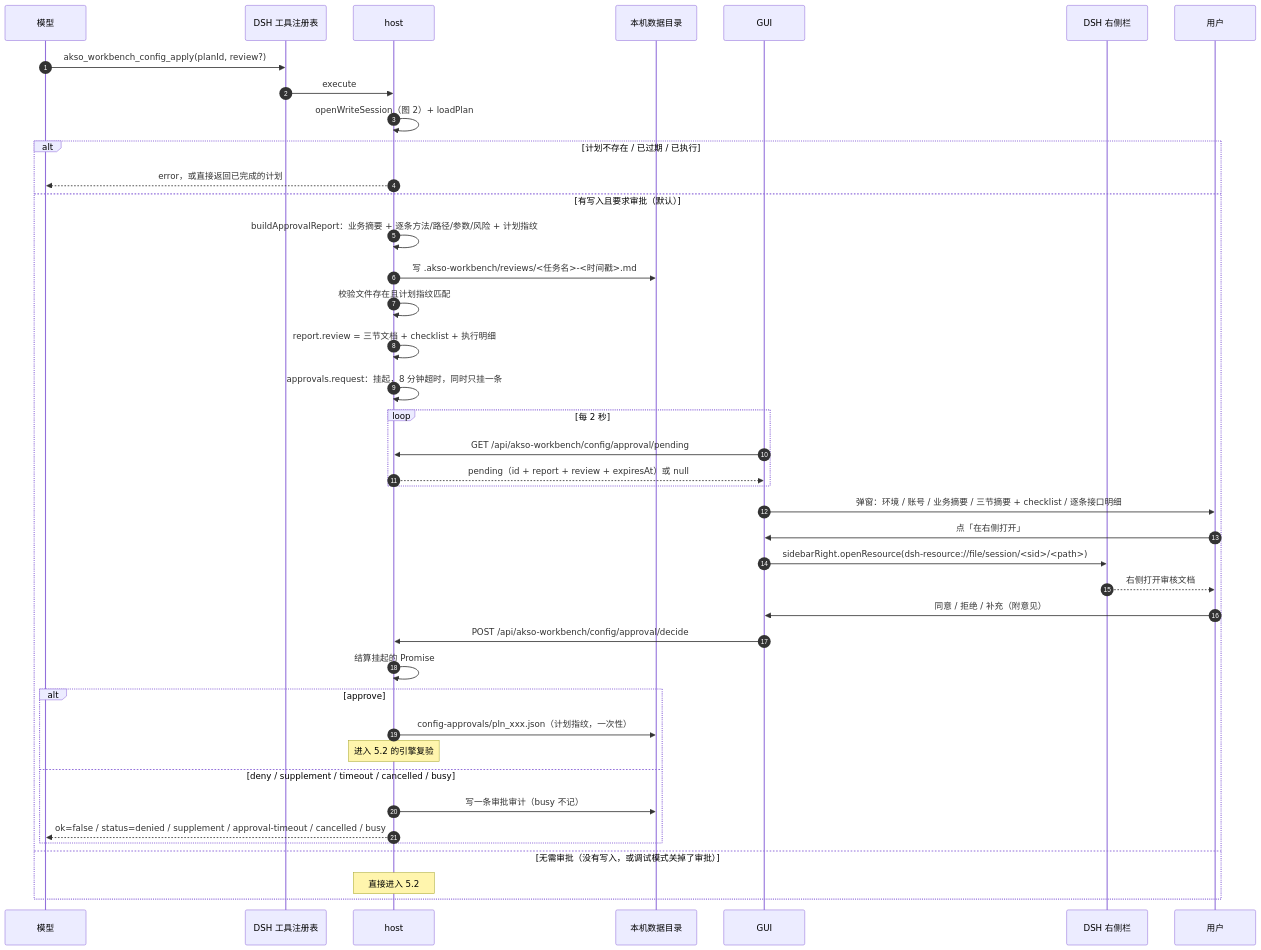
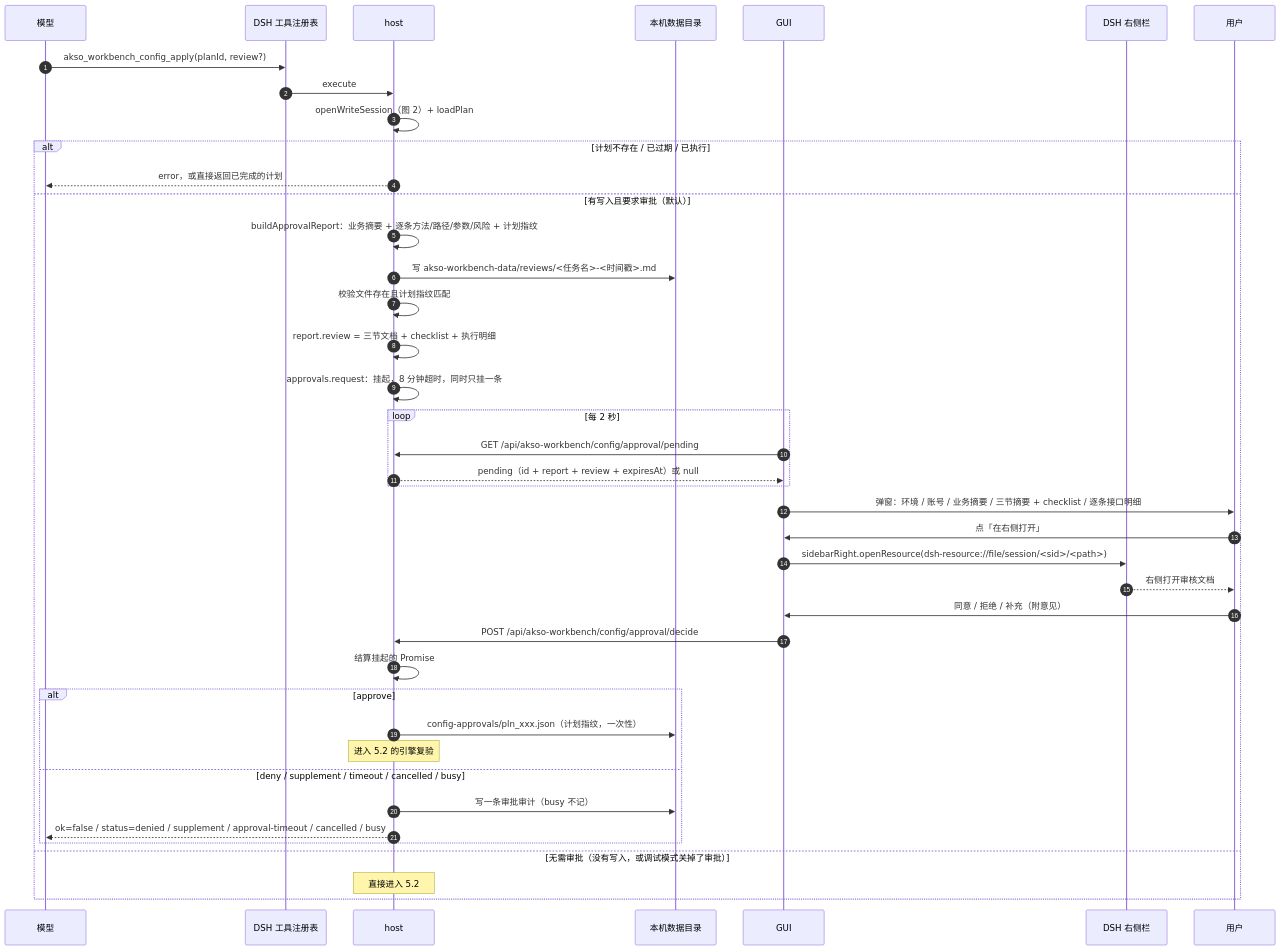
One commit to jizi-dragon/akso-workbench changed the fifth of 8 diagrams in docs/knowledge/agent调用时序.md. Above: the diagram before and after it, drawn with Mermaid. The commit also changed other lines of this file and 14 other files, not shown here.

Commit message:
chore(data): 统一审核与分析产物到工作区 akso-workbench-data

````diff
--- a/docs/knowledge/agent调用时序.md
+++ b/docs/knowledge/agent调用时序.md
@@ -225,44 +225,44 @@
 ```mermaid
 sequenceDiagram
     autonumber
     participant A as 模型
     participant D as DSH 工具注册表
     participant H as host
     participant F as 本机数据目录
     participant G as GUI
     participant R as DSH 右侧栏
     participant U as 用户
 
     A->>D: akso_workbench_config_apply(planId, review?)
     D->>H: execute
     H->>H: openWriteSession（图 2）+ loadPlan
     alt 计划不存在 / 已过期 / 已执行
         H-->>A: error，或直接返回已完成的计划
     else 有写入且要求审批（默认）
         H->>H: buildApprovalReport：业务摘要 + 逐条方法/路径/参数/风险 + 计划指纹
-        H->>F: 写 .akso-workbench/reviews/<任务名>-<时间戳>.md
+        H->>F: 写 akso-workbench-data/reviews/<任务名>-<时间戳>.md
         H->>H: 校验文件存在且计划指纹匹配
         H->>H: report.review = 三节文档 + checklist + 执行明细
         H->>H: approvals.request：挂起，8 分钟超时，同时只挂一条
         loop 每 2 秒
             G->>H: GET /api/akso-workbench/config/approval/pending
             H-->>G: pending（id + report + review + expiresAt）或 null
         end
         G->>U: 弹窗：环境 / 账号 / 业务摘要 / 三节摘要 + checklist / 逐条接口明细
         U->>G: 点「在右侧打开」
         G->>R: sidebarRight.openResource(dsh-resource://file/session/<sid>/<path>)
         R-->>U: 右侧打开审核文档
         U->>G: 同意 / 拒绝 / 补充（附意见）
         G->>H: POST /api/akso-workbench/config/approval/decide
         H->>H: 结算挂起的 Promise
         alt approve
             H->>F: config-approvals/pln_xxx.json（计划指纹，一次性）
             Note over H: 进入 5.2 的引擎复验
         else deny / supplement / timeout / cancelled / busy
             H->>F: 写一条审批审计（busy 不记）
             H-->>A: ok=false / status=denied / supplement / approval-timeout / cancelled / busy
         end
     else 无需审批（没有写入，或调试模式关掉了审批）
         Note over H: 直接进入 5.2
     end
 ```
````
